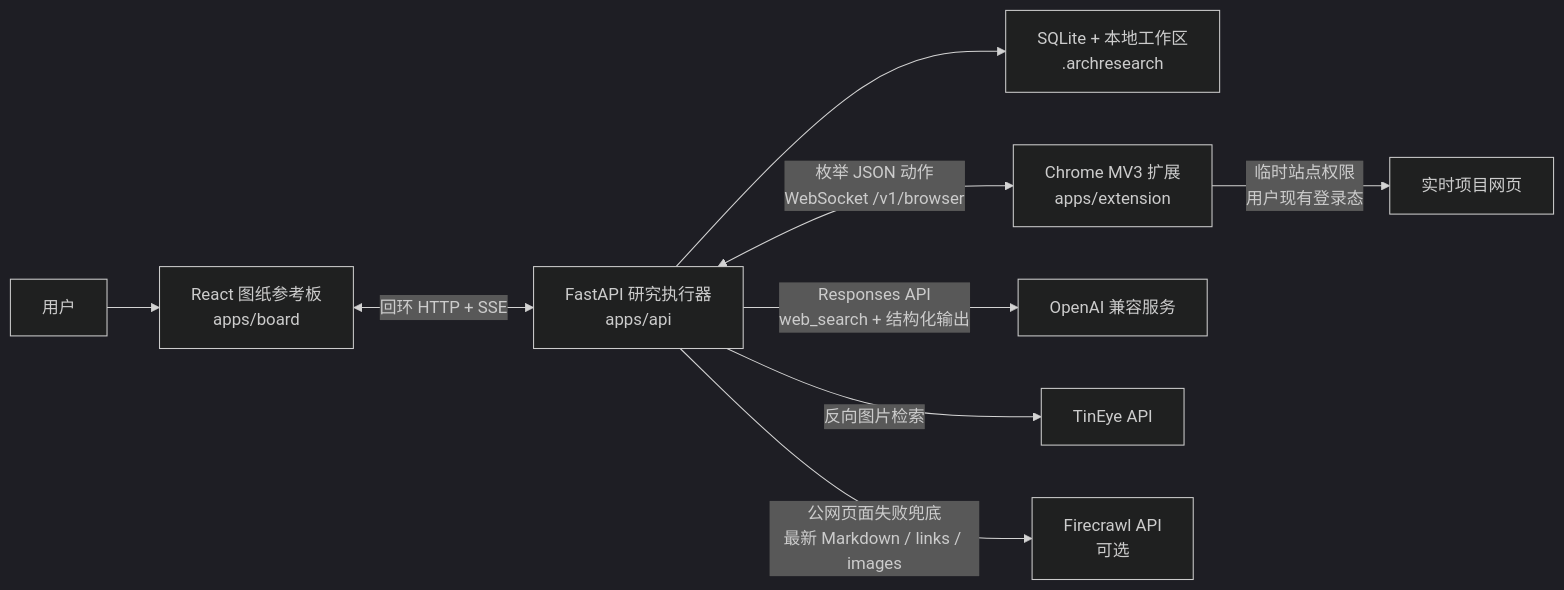
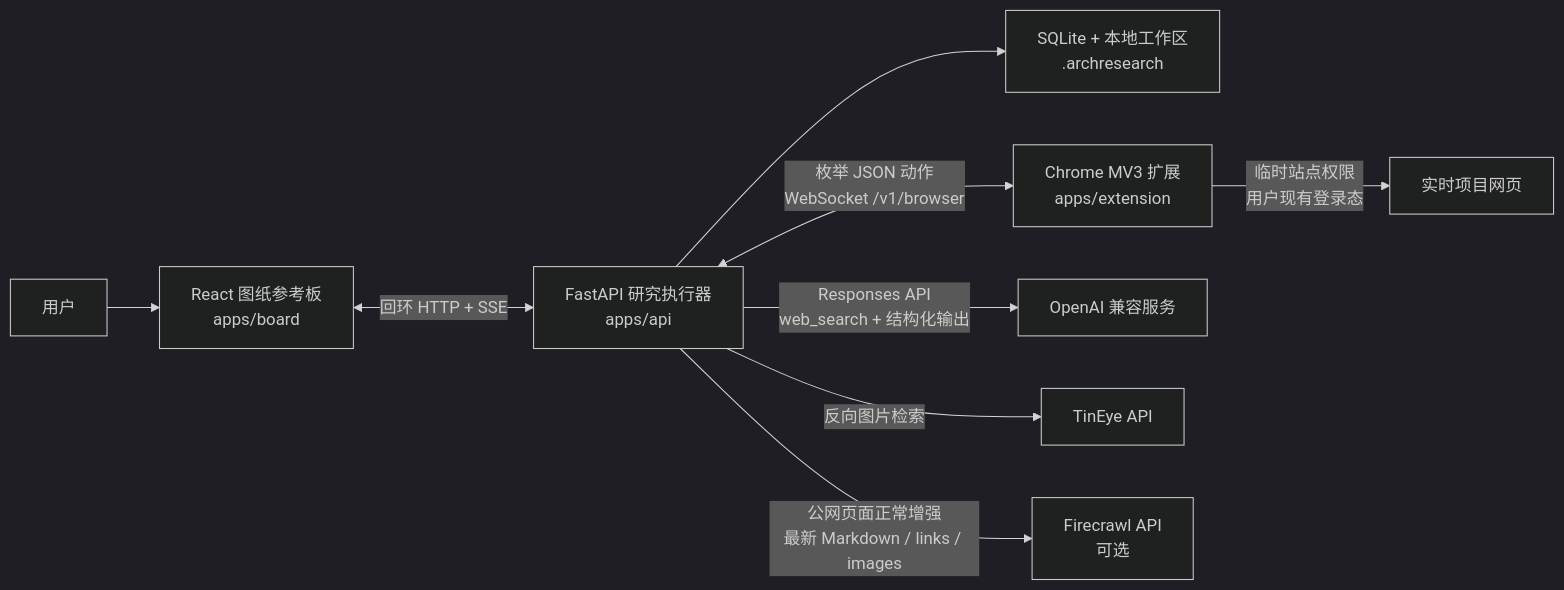
Before and after one commit to jileyu2000/archresearch: the first of 3 diagrams in docs/architecture.md, drawn with Mermaid (dark theme). The commit also changed other lines of this file and 9 other files, not shown here.

````diff
--- a/docs/architecture.md
+++ b/docs/architecture.md
@@ -11,11 +11,11 @@
 ```mermaid
 flowchart LR
     U["用户"] --> B["React 图纸参考板<br/>apps/board"]
     B <-->|"回环 HTTP + SSE"| A["FastAPI 研究执行器<br/>apps/api"]
     A --> D["SQLite + 本地工作区<br/>.archresearch"]
     A <-->|"枚举 JSON 动作<br/>WebSocket /v1/browser"| E["Chrome MV3 扩展<br/>apps/extension"]
     E -->|"临时站点权限<br/>用户现有登录态"| W["实时项目网页"]
     A -->|"Responses API<br/>web_search + 结构化输出"| O["OpenAI 兼容服务"]
     A -->|"反向图片检索"| T["TinEye API"]
-    A -->|"公网页面失败兜底<br/>最新 Markdown / links / images"| F["Firecrawl API<br/>可选"]
+    A -->|"公网页面正常增强<br/>最新 Markdown / links / images"| F["Firecrawl API<br/>可选"]
 ```
````
